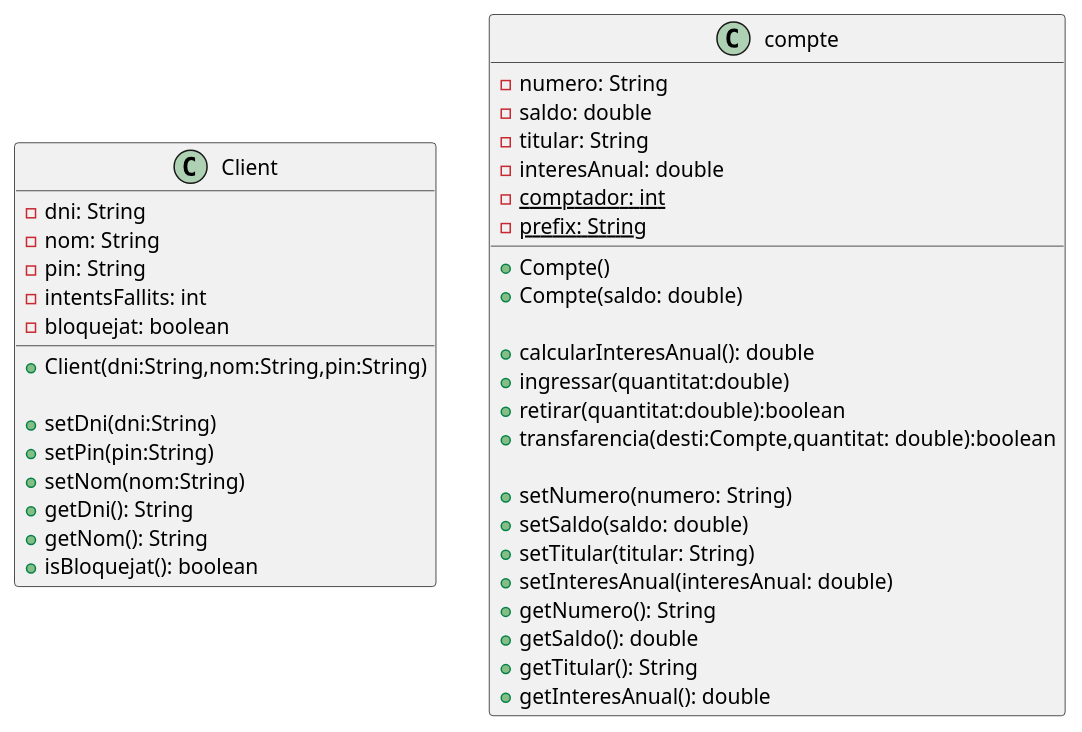
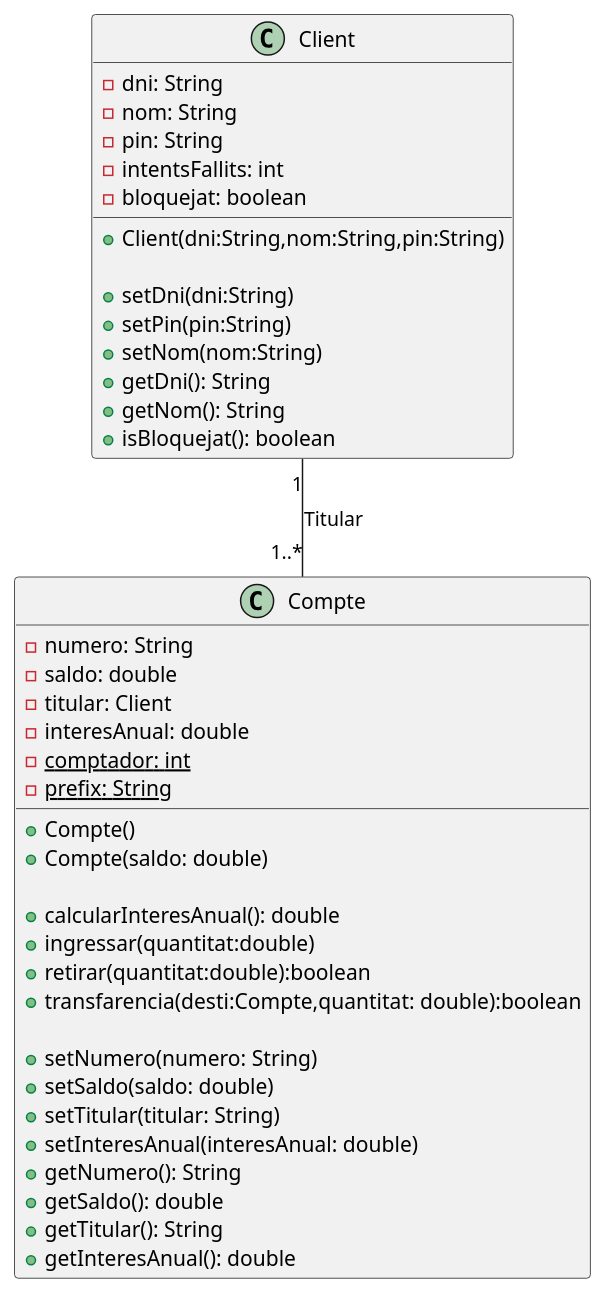
One commit to ins-vib/poo-atm-jopo738-web changed the diagram in UML/classes.puml. Above: the diagram before and after it, drawn with PlantUML. The commit also changed 2 other files, not shown here.

```diff
--- a/UML/classes.puml
+++ b/UML/classes.puml
@@ -1,48 +1,50 @@
 @startuml
 class Client {
     - dni: String
     - nom: String
     - pin: String
     - intentsFallits: int
     - bloquejat: boolean
 
     + Client(dni:String,nom:String,pin:String)
 
     + setDni(dni:String)
     + setPin(pin:String)
     + setNom(nom:String)
     + getDni(): String
     + getNom(): String
     + isBloquejat(): boolean
 
     
 
 }
 
-class compte {
+class Compte {
     - numero: String
     - saldo: double
-    - titular: String
+    - titular: Client
     - interesAnual: double
     {static} - comptador: int
     {static} - prefix: String
 
     + Compte()
     + Compte(saldo: double)
 
     + calcularInteresAnual(): double
     + ingressar(quantitat:double)
     + retirar(quantitat:double):boolean
     + transfarencia(desti:Compte,quantitat: double):boolean
 
     + setNumero(numero: String)
     + setSaldo(saldo: double)
     + setTitular(titular: String)
     + setInteresAnual(interesAnual: double)
     + getNumero(): String
     + getSaldo(): double
     + getTitular(): String
     + getInteresAnual(): double
 }
 
+Client "1" -- "1..*" Compte : Titular
+
 @enduml
```
